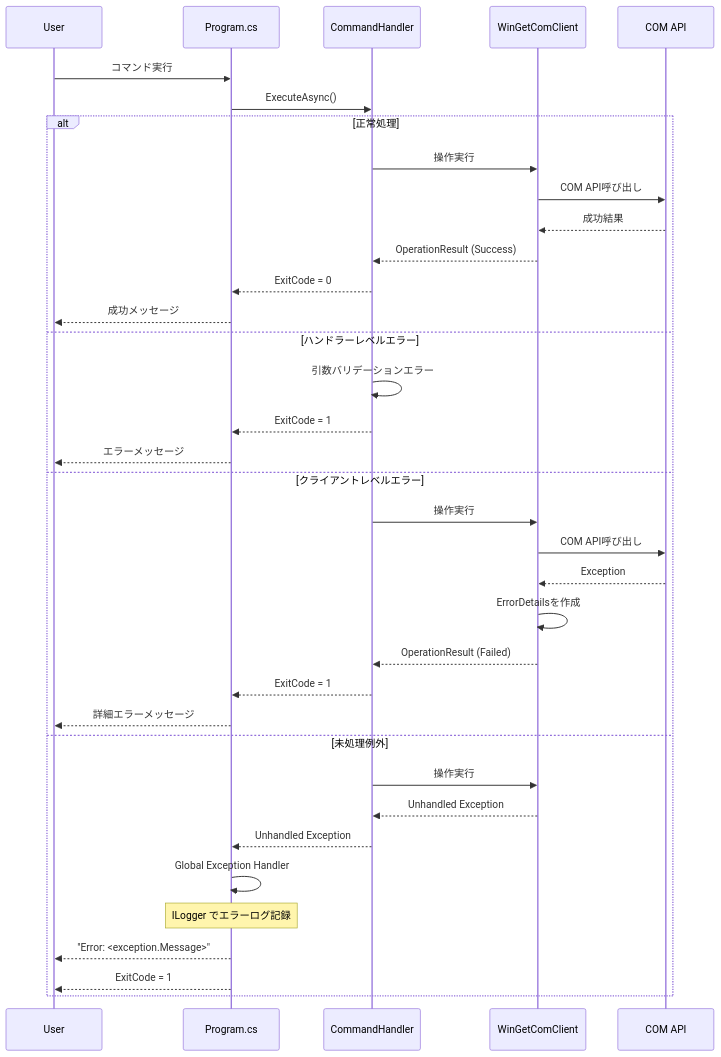
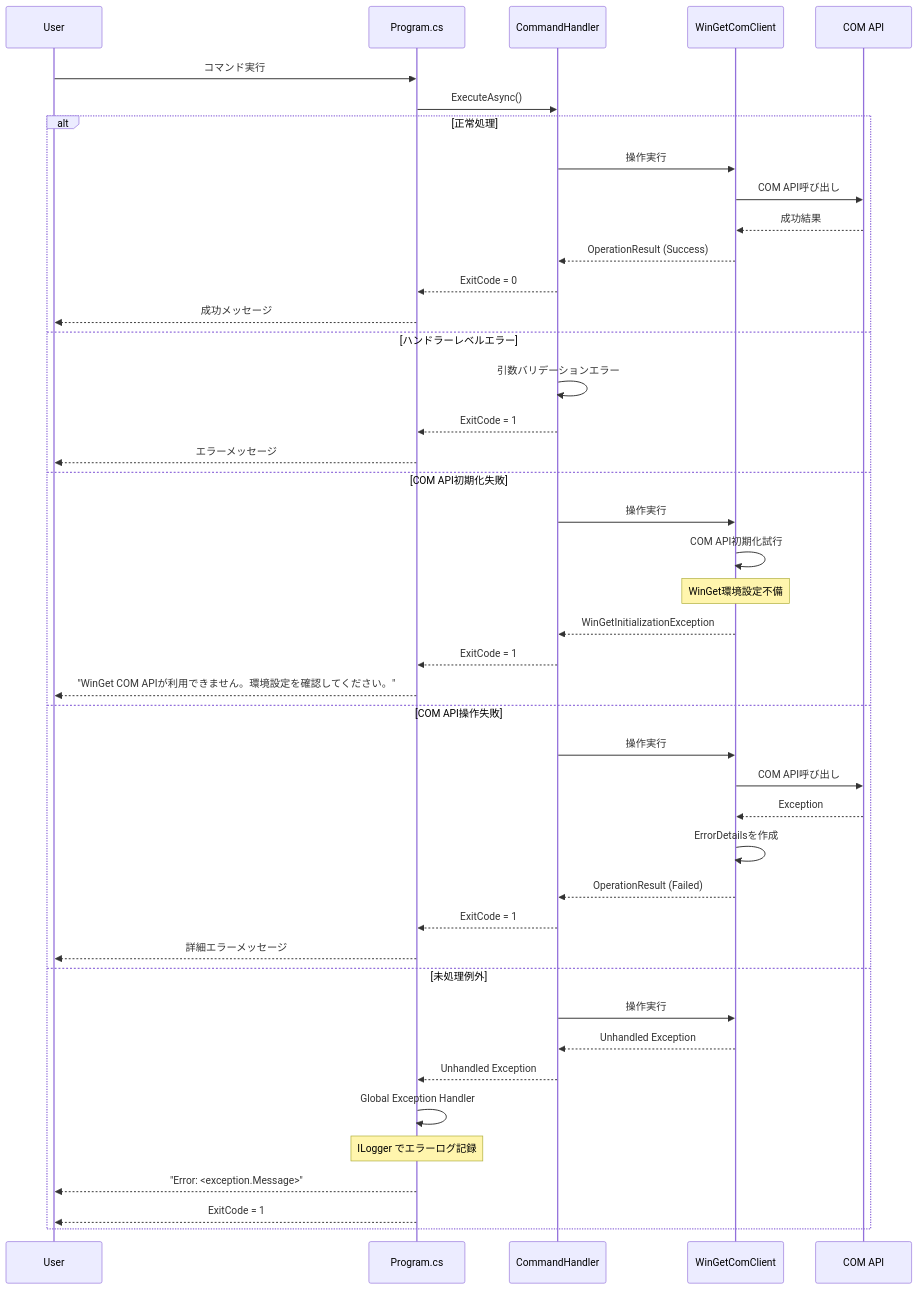
One commit to nuitsjp/GistGet changed the sixth of 6 diagrams in docs/architecture.md. Above: the diagram before and after it, drawn with Mermaid. The commit also changed other lines of this file, not shown here.

Commit message:
アーキテクチャ設計書の更新：COM APIレイヤーの説明を明確化し、CLIフォールバック機構に関する記述を削除。エラーハンドリングと初期化フローの改善を反映。

````diff
--- a/docs/architecture.md
+++ b/docs/architecture.md
@@ -381,40 +346,47 @@
 ```mermaid
 sequenceDiagram
     participant User
     participant Program as Program.cs
     participant Handler as CommandHandler
     participant Client as WinGetComClient
     participant COM as COM API
 
     User->>Program: コマンド実行
     Program->>Handler: ExecuteAsync()
     
     alt 正常処理
         Handler->>Client: 操作実行
         Client->>COM: COM API呼び出し
         COM-->>Client: 成功結果
         Client-->>Handler: OperationResult (Success)
         Handler-->>Program: ExitCode = 0
         Program-->>User: 成功メッセージ
     else ハンドラーレベルエラー
         Handler->>Handler: 引数バリデーションエラー
         Handler-->>Program: ExitCode = 1
         Program-->>User: エラーメッセージ
-    else クライアントレベルエラー
+    else COM API初期化失敗
+        Handler->>Client: 操作実行
+        Client->>Client: COM API初期化試行
+        Note over Client: WinGet環境設定不備
+        Client-->>Handler: WinGetInitializationException
+        Handler-->>Program: ExitCode = 1
+        Program-->>User: "WinGet COM APIが利用できません。環境設定を確認してください。"
+    else COM API操作失敗
         Handler->>Client: 操作実行
         Client->>COM: COM API呼び出し
         COM-->>Client: Exception
         Client->>Client: ErrorDetailsを作成
         Client-->>Handler: OperationResult (Failed)
         Handler-->>Program: ExitCode = 1
         Program-->>User: 詳細エラーメッセージ
     else 未処理例外
         Handler->>Client: 操作実行
         Client-->>Handler: Unhandled Exception
         Handler-->>Program: Unhandled Exception
         Program->>Program: Global Exception Handler
         Note over Program: ILogger でエラーログ記録
         Program-->>User: "Error: <exception.Message>"
         Program-->>User: ExitCode = 1
     end
 ```
````
